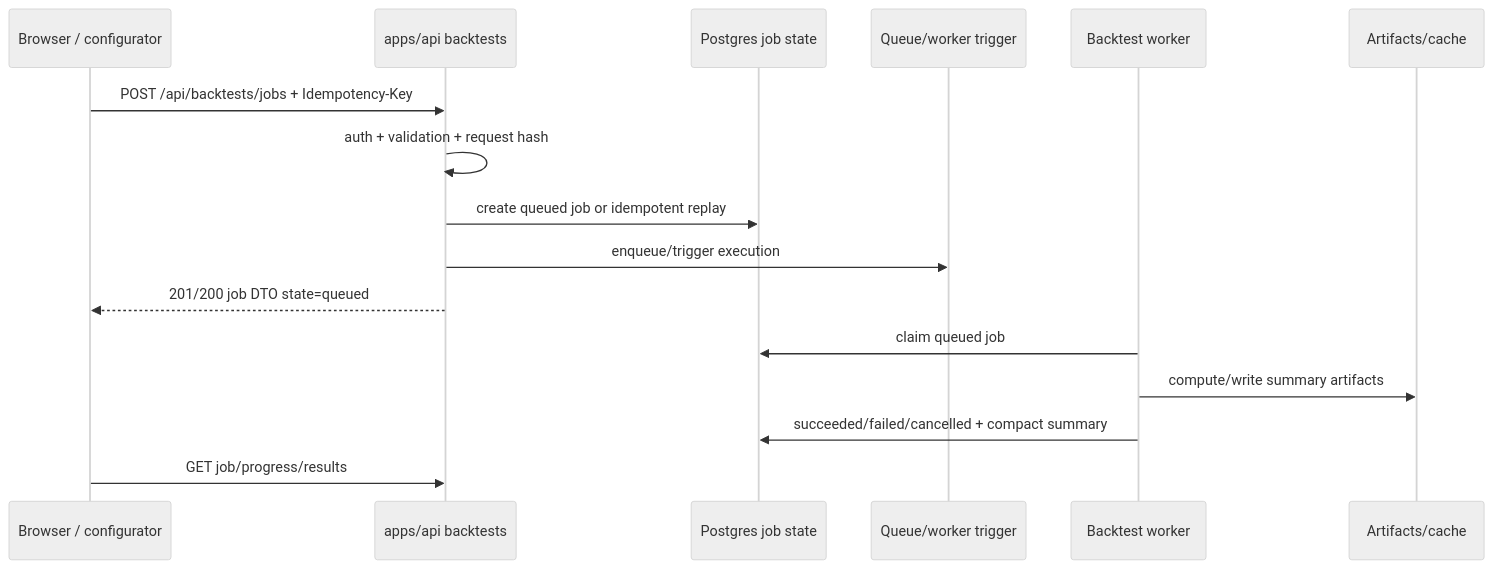
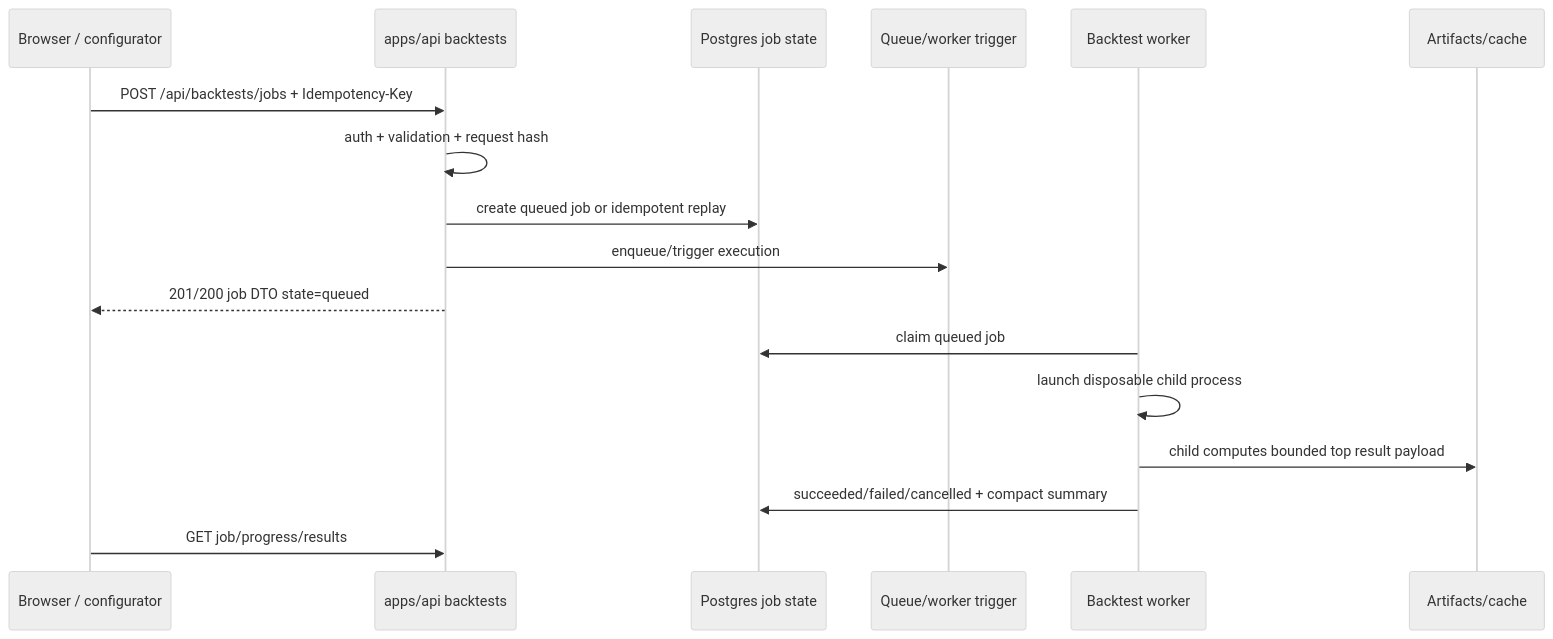
One commit to Dejetins/roehub.com changed the sixth of 6 diagrams in docs/architecture/apps/web/web-ui-backend-implementation-plan-v1.md. Above: the diagram before and after it, drawn with Mermaid (neutral theme). The commit also changed other lines of this file and 25 other files, not shown here.

````diff
--- a/docs/architecture/apps/web/web-ui-backend-implementation-plan-v1.md
+++ b/docs/architecture/apps/web/web-ui-backend-implementation-plan-v1.md
@@ -1820,19 +1831,20 @@
 ```mermaid
 sequenceDiagram
     participant UI as Browser / configurator
     participant API as apps/api backtests
     participant DB as Postgres job state
     participant Q as Queue/worker trigger
     participant W as Backtest worker
     participant FS as Artifacts/cache
 
     UI->>API: POST /api/backtests/jobs + Idempotency-Key
     API->>API: auth + validation + request hash
     API->>DB: create queued job or idempotent replay
     API->>Q: enqueue/trigger execution
     API-->>UI: 201/200 job DTO state=queued
     W->>DB: claim queued job
-    W->>FS: compute/write summary artifacts
+    W->>W: launch disposable child process
+    W->>FS: child computes bounded top result payload
     W->>DB: succeeded/failed/cancelled + compact summary
     UI->>API: GET job/progress/results
 ```
````
